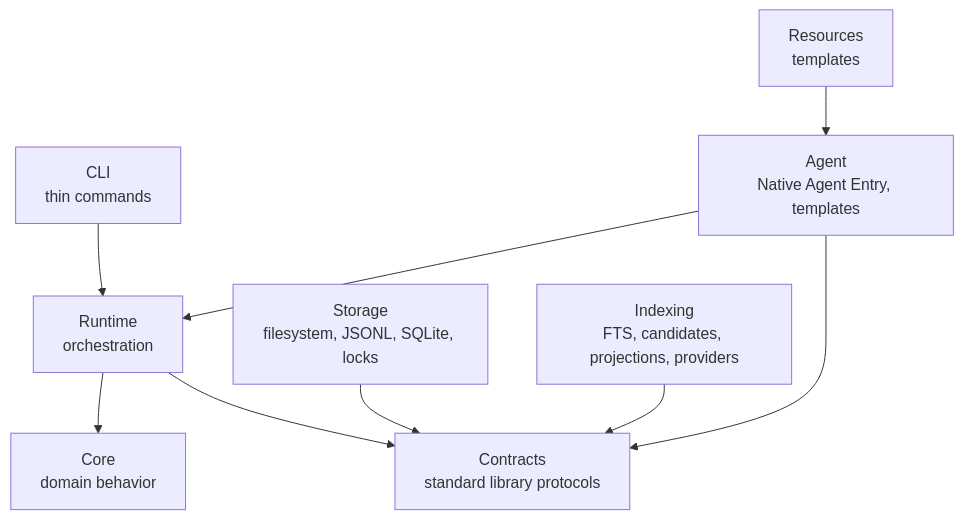
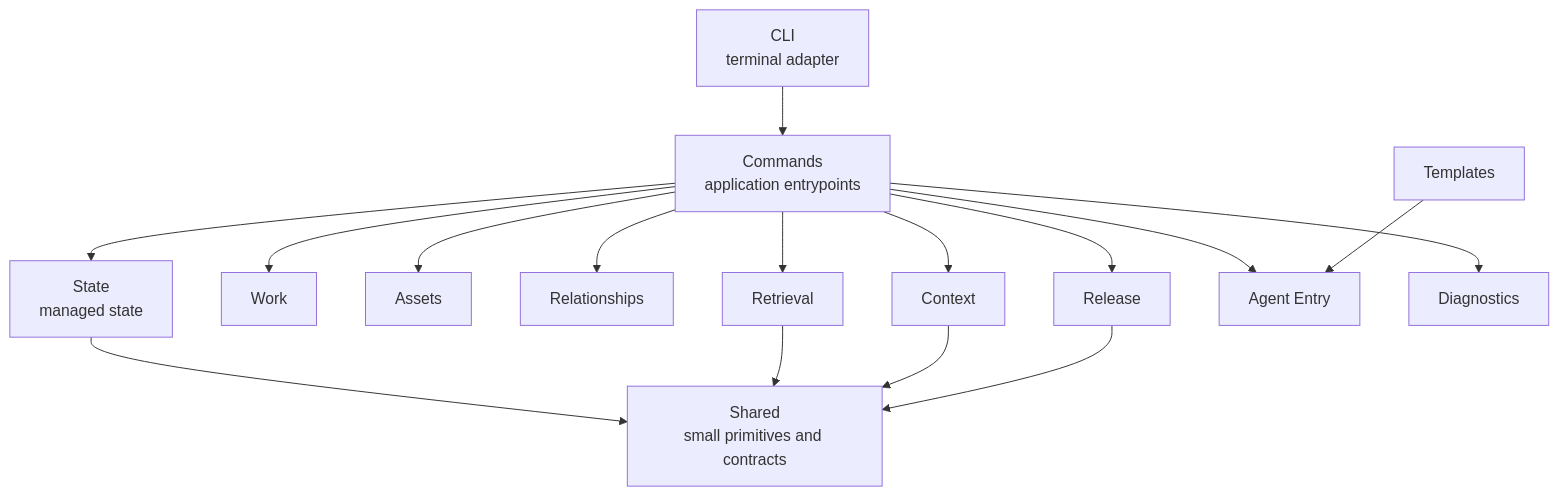
The second of 6 diagrams in docs/architecture-map.md (ai-workroot/ai-workroot), drawn with Mermaid before and after one commit. The commit also changed other lines of this file and 174 other files, not shown here.

Commit message:
refactor: enforce orthogonal Workroot architecture

````diff
--- a/docs/architecture-map.md
+++ b/docs/architecture-map.md
@@ -38,11 +38,18 @@
 ```mermaid
 flowchart TB
-  CLI[CLI<br/>thin commands] --> Runtime[Runtime<br/>orchestration]
-  Runtime --> Core[Core<br/>domain behavior]
-  Runtime --> Contracts[Contracts<br/>standard library protocols]
-  Storage[Storage<br/>filesystem, JSONL, SQLite, locks] --> Contracts
-  Indexing[Indexing<br/>FTS, candidates, projections, providers] --> Contracts
-  Agent[Agent<br/>Native Agent Entry, templates] --> Contracts
-  Agent --> Runtime
-  Resources[Resources<br/>templates] --> Agent
+  CLI[CLI<br/>terminal adapter] --> Commands[Commands<br/>application entrypoints]
+  Commands --> State[State<br/>managed state]
+  Commands --> Work[Work]
+  Commands --> Assets[Assets]
+  Commands --> Relationships[Relationships]
+  Commands --> Retrieval[Retrieval]
+  Commands --> Context[Context]
+  Commands --> Release[Release]
+  Commands --> AgentEntry[Agent Entry]
+  Commands --> Diagnostics[Diagnostics]
+  State --> Shared[Shared<br/>small primitives and contracts]
+  Retrieval --> Shared
+  Context --> Shared
+  Release --> Shared
+  Templates[Templates] --> AgentEntry
 ```
````
